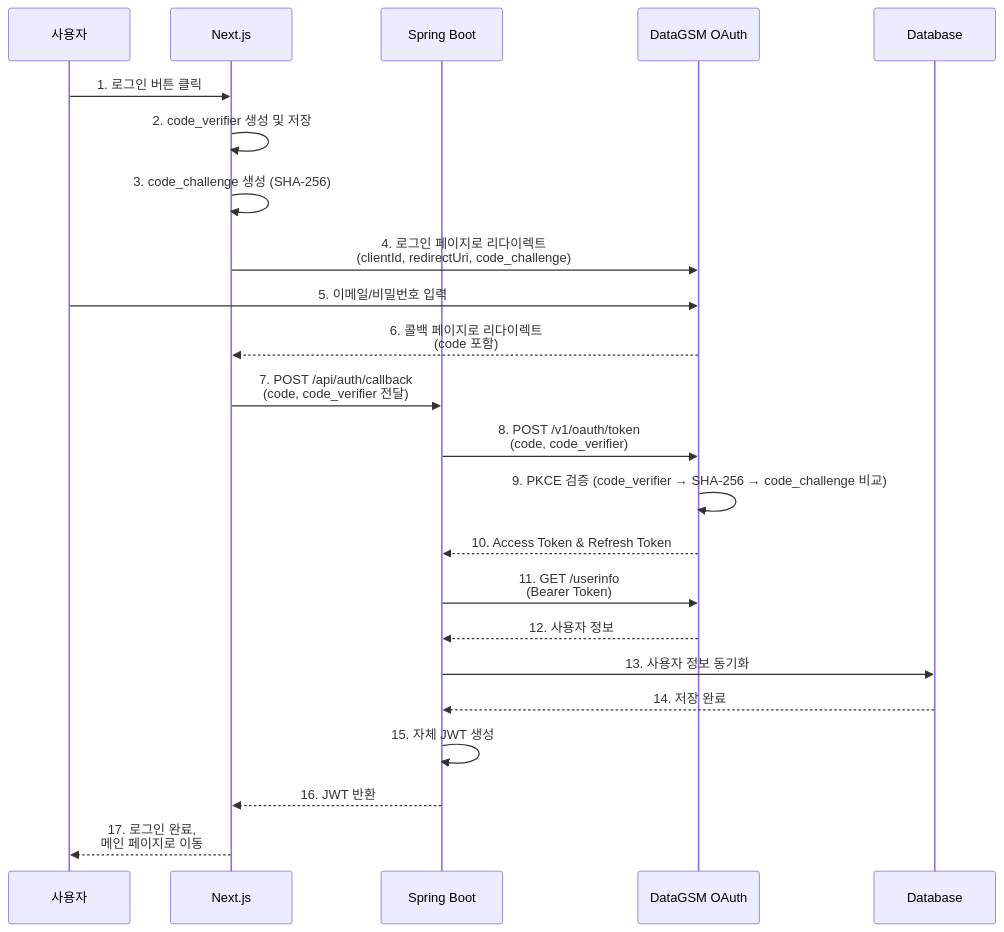
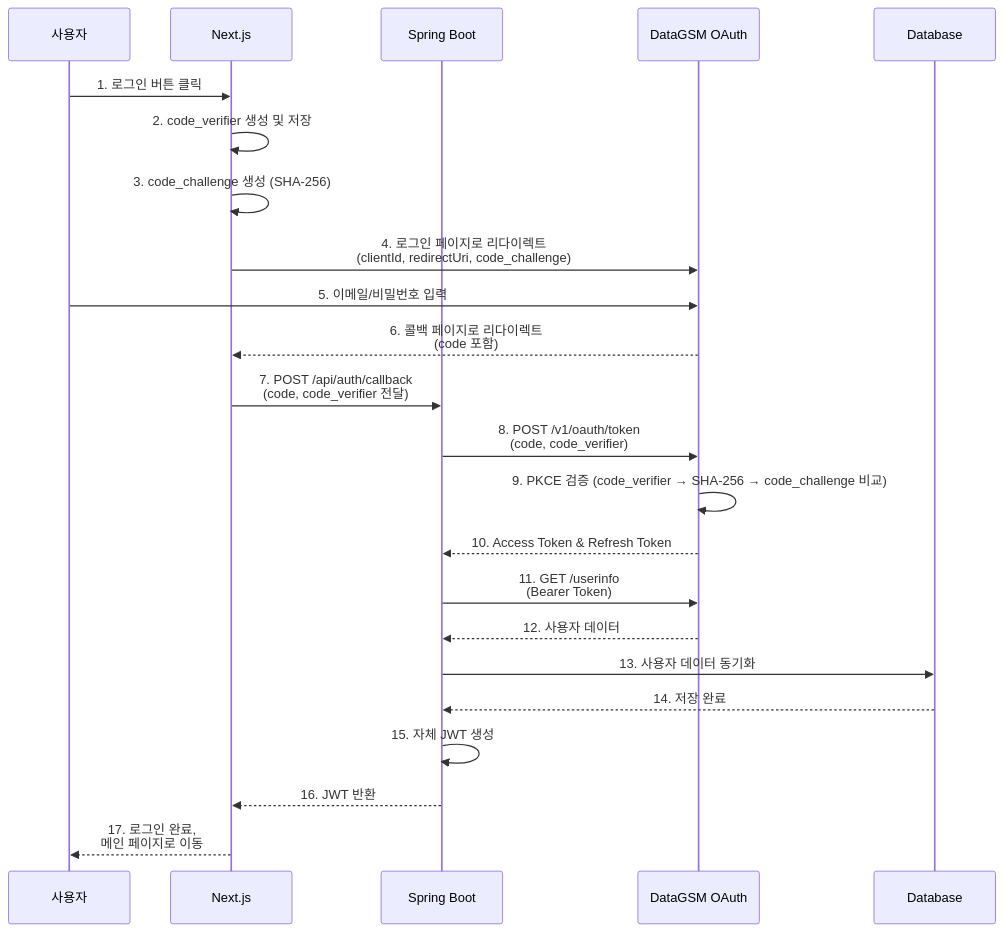
The second of 5 diagrams in apps/docs/src/app/oauth/examples/nextjs-spring-boot/page.mdx (themoment-team/datagsm-front), drawn with Mermaid before and after one commit. The commit also changed other lines of this file and 31 other files, not shown here.

````diff
--- a/apps/docs/src/app/oauth/examples/nextjs-spring-boot/page.mdx
+++ b/apps/docs/src/app/oauth/examples/nextjs-spring-boot/page.mdx
@@ -41,26 +41,26 @@
 ```mermaid
 sequenceDiagram
     participant U as 사용자
     participant N as Next.js
     participant S as Spring Boot
     participant O as DataGSM OAuth
     participant D as Database
 
     U->>N: 1. 로그인 버튼 클릭
     N->>N: 2. code_verifier 생성 및 저장
     N->>N: 3. code_challenge 생성 (SHA-256)
     N->>O: 4. 로그인 페이지로 리다이렉트<br/>(clientId, redirectUri, code_challenge)
     U->>O: 5. 이메일/비밀번호 입력
     O-->>N: 6. 콜백 페이지로 리다이렉트<br/>(code 포함)
     N->>S: 7. POST /api/auth/callback<br/>(code, code_verifier 전달)
     S->>O: 8. POST /v1/oauth/token<br/>(code, code_verifier)
     O->>O: 9. PKCE 검증 (code_verifier → SHA-256 → code_challenge 비교)
     O-->>S: 10. Access Token & Refresh Token
     S->>O: 11. GET /userinfo<br/>(Bearer Token)
-    O-->>S: 12. 사용자 정보
-    S->>D: 13. 사용자 정보 동기화
+    O-->>S: 12. 사용자 데이터
+    S->>D: 13. 사용자 데이터 동기화
     D-->>S: 14. 저장 완료
     S->>S: 15. 자체 JWT 생성
     S-->>N: 16. JWT 반환
     N-->>U: 17. 로그인 완료,<br/>메인 페이지로 이동
 ```
````
